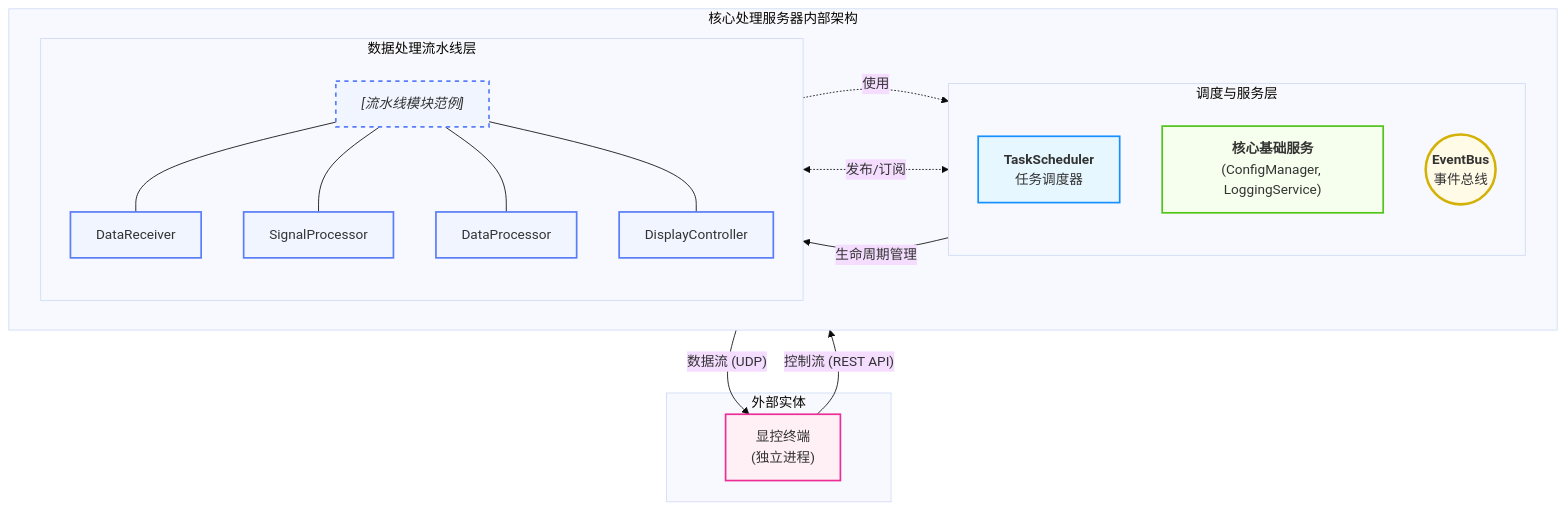
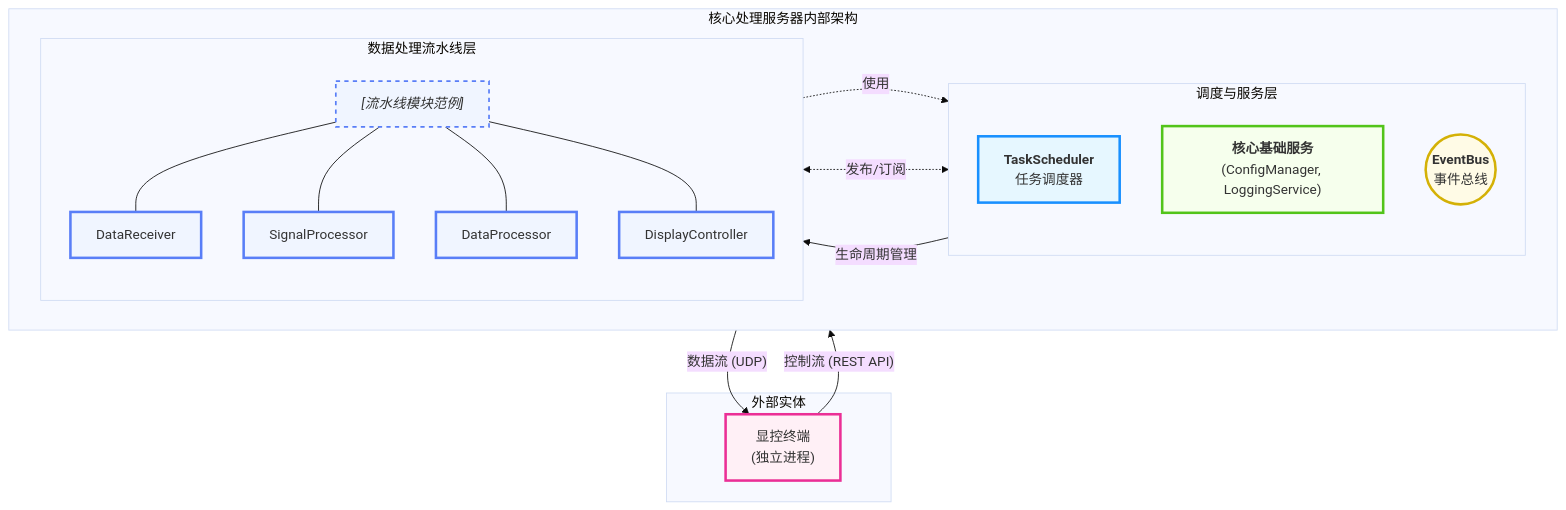
One commit to wendizhou99-cell/Radar changed the seventh of 16 diagrams in docs/03_技术规范/Mermaid可视化设计指南.md. Above: the diagram before and after it, drawn with Mermaid (base theme). The commit also changed other lines of this file and 46 other files, not shown here.

````diff
--- a/docs/03_技术规范/Mermaid可视化设计指南.md
+++ b/docs/03_技术规范/Mermaid可视化设计指南.md
@@ -317,73 +405,73 @@
     ```mermaid
     graph TD
         %% --- 图例 (上下文颜色语义) ---
         %% 协调者 (浅蓝): 系统的核心控制器, TaskScheduler。
         %% 基础服务 (浅绿): 为所有模块提供支持的核心服务。
         %% 消息总线 (浅黄): 系统事件通信的中枢。
         %% 数据管道 (淡紫): 核心数据处理流水线中的所有业务模块。
         %% 外部实体 (粉色): 位于本服务器进程之外的交互方。
 
         subgraph "核心处理服务器内部架构"
             direction LR
 
             subgraph "调度与服务层"
                 direction TB
                 TASK_SCHEDULER["<b>TaskScheduler</b><br/>任务调度器"]
                 CORE_SERVICES["<b>核心基础服务</b><br/>(ConfigManager, LoggingService)"]
                 EVENT_BUS(("<b>EventBus</b><br/>事件总线"))
             end
 
             subgraph "数据处理流水线层"
                 direction TB
 
                 %% 定义一个“范例”模块，用于展示通用交互模式
                 PIPELINE_ARCHETYPE["<i>[流水线模块范例]</i>"]
 
                 %% 列出所有实际的模块
                 DATA_RECV["DataReceiver"]
                 SIGNAL_PROC["SignalProcessor"]
                 DATA_PROC["DataProcessor"]
                 DISPLAY_GW["DisplayController"]
 
                 style PIPELINE_ARCHETYPE fill:#f0f5ff,stroke:#597ef7,stroke-width:2px,stroke-dasharray: 5 5
                 PIPELINE_ARCHETYPE --- DATA_RECV
                 PIPELINE_ARCHETYPE --- SIGNAL_PROC
                 PIPELINE_ARCHETYPE --- DATA_PROC
                 PIPELINE_ARCHETYPE --- DISPLAY_GW
             end
         end
 
         subgraph "外部实体"
         CLIENT_APP["显控终端<br/>(独立进程)"]
         end
 
         %% --- 关系定义 ---
 
         %% 1. 调度器 -> 流水线模块 (控制关系)
         %% TaskScheduler 对该层所有模块都有生命周期管理关系
         TASK_SCHEDULER -->|生命周期管理| PIPELINE_ARCHETYPE
 
         %% 2. 流水线模块 -> 核心服务 (通用依赖)
         %% 该层所有模块都“使用”核心服务，并与EventBus交互
         PIPELINE_ARCHETYPE -.->|使用| CORE_SERVICES
         PIPELINE_ARCHETYPE <-.->|发布/订阅| EVENT_BUS
 
         %% 3. 外部接口关系
         CLIENT_APP -->|"控制流 (REST API)"| TASK_SCHEDULER
         DISPLAY_GW -->|"数据流 (UDP)"| CLIENT_APP
 
 
         %% --- 标准 classDef 模板 ---
-        classDef coordinator fill:#e6f7ff,stroke:#1890ff,stroke-width:2px
-        classDef service fill:#f6ffed,stroke:#52c41a,stroke-width:2px
+        classDef coordinator fill:#e6f7ff,stroke:#1890ff,stroke-width:3px
+        classDef service fill:#f6ffed,stroke:#52c41a,stroke-width:3px
         classDef message_bus fill:#fffbe6,stroke:#d4b106,stroke-width:3px
-        classDef data_pipeline fill:#f0f5ff,stroke:#597ef7,stroke-width:2px
-        classDef external fill:#fff0f6,stroke:#eb2f96,stroke-width:2px
+        classDef data_pipeline fill:#f0f5ff,stroke:#597ef7,stroke-width:3px
+        classDef external fill:#fff0f6,stroke:#eb2f96,stroke-width:3px
 
         %% --- 样式应用 ---
         class TASK_SCHEDULER coordinator
         class CORE_SERVICES service
         class EVENT_BUS message_bus
         class DATA_RECV,SIGNAL_PROC,DATA_PROC,DISPLAY_GW data_pipeline
         class CLIENT_APP external
     ```
````
